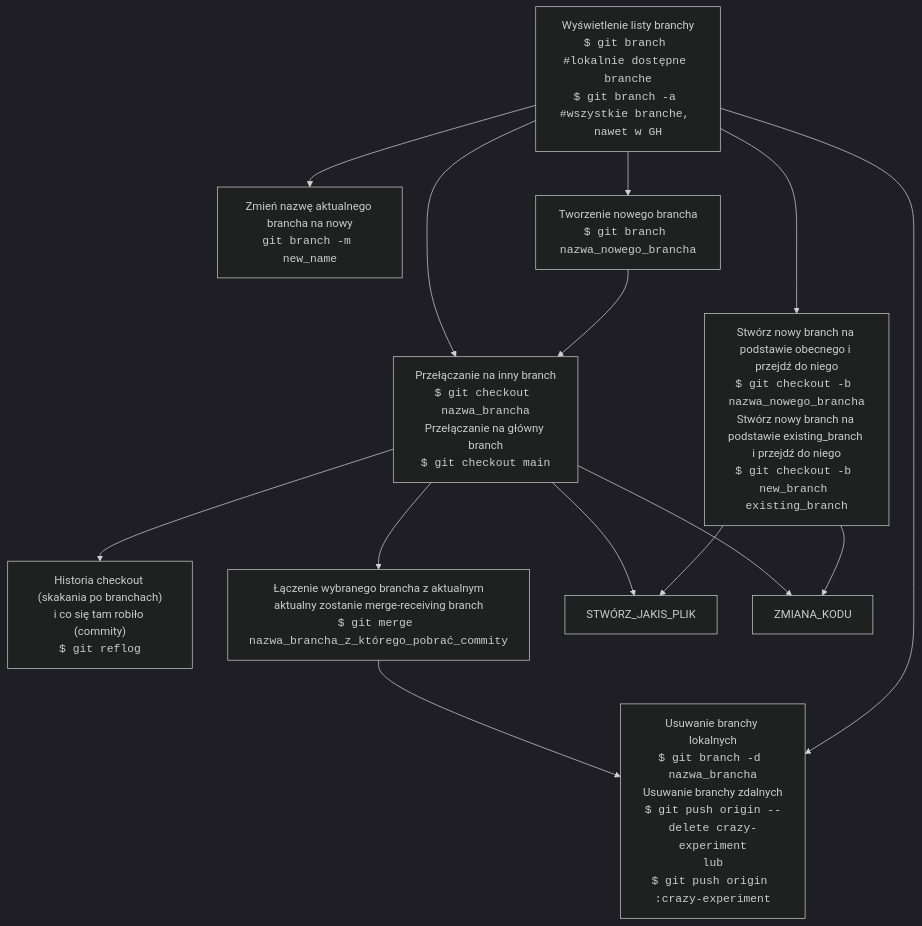
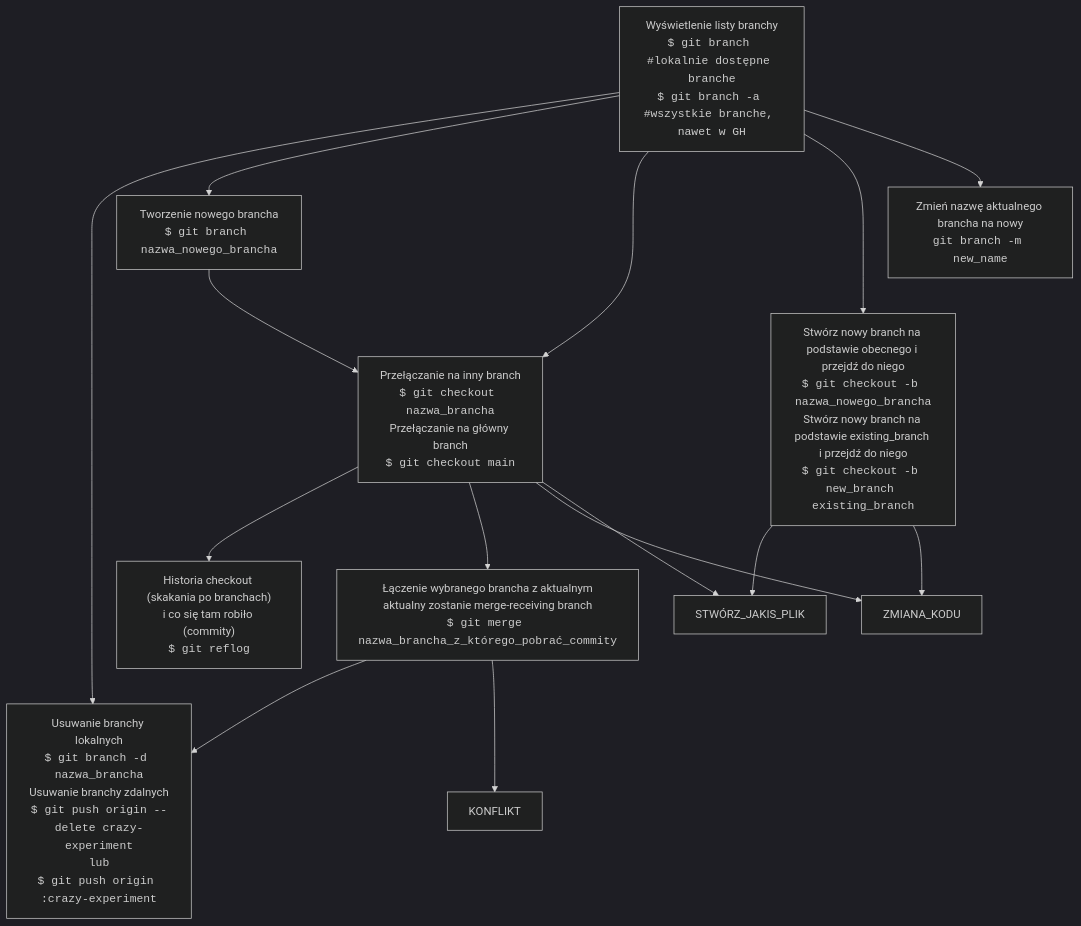
The third of 3 diagrams in git-graph.md (dankuc237/notatki), drawn with Mermaid (dark theme) before and after one commit. The commit also changed other lines of this file, not shown here.

````diff
--- a/git-graph.md
+++ b/git-graph.md
@@ -63,25 +62,26 @@
 ```mermaid
 graph TB
         LIST_ALL_BRANCHES["Wyświetlenie listy branchy<br><code>$ git branch #lokalnie dostępne branche<br>$ git branch -a #wszystkie branche, nawet w GH</code>"]
         DELETE_BRANCH["Usuwanie branchy lokalnych<br><code>$ git branch -d nazwa_brancha</code><br>Usuwanie branchy zdalnych<br><code>$ git push origin --delete crazy-experiment<br>lub<br>$ git push origin :crazy-experiment</code>"]
         RENAME_BRANCH["Zmień nazwę aktualnego brancha na nowy<br><code>git branch -m new_name</code>"]
         CREATE_NEW_BRANCH["Tworzenie nowego brancha<br><code>$ git branch nazwa_nowego_brancha</code>"]
         CREATE_BRANCH_AND_SWITCH["Stwórz nowy branch na podstawie obecnego i przejdź do niego<br><code>$ git checkout -b nazwa_nowego_brancha</code><br>Stwórz nowy branch na podstawie existing_branch i przejdź do niego<br><code>$ git checkout -b new_branch existing_branch</code>"]
         SWITCH_BRANCH["Przełączanie na inny branch<br><code>$ git checkout nazwa_brancha</code><br>Przełączanie na główny branch<br><code>$ git checkout main</code>"]
         PRINT_CHECKOUT_OPERATION_HISTORY["Historia checkout (skakania po branchach)<br>i co się tam robiło (commity)<br><code>$ git reflog</code>"]
         MERGE_BRANCHES["Łączenie wybranego brancha z aktualnym<br>aktualny zostanie merge-receiving branch<br><code>$ git merge nazwa_brancha_z_którego_pobrać_commity</code>"]
         
         LIST_ALL_BRANCHES --> DELETE_BRANCH
         LIST_ALL_BRANCHES --> CREATE_NEW_BRANCH
         CREATE_NEW_BRANCH --> SWITCH_BRANCH
         SWITCH_BRANCH --> PRINT_CHECKOUT_OPERATION_HISTORY
         LIST_ALL_BRANCHES --> SWITCH_BRANCH
         SWITCH_BRANCH --> MERGE_BRANCHES
         MERGE_BRANCHES --> DELETE_BRANCH
+        MERGE_BRANCHES --> KONFLIKT
         LIST_ALL_BRANCHES --> CREATE_BRANCH_AND_SWITCH
         LIST_ALL_BRANCHES --> RENAME_BRANCH
         CREATE_BRANCH_AND_SWITCH --> STWÓRZ_JAKIS_PLIK
         CREATE_BRANCH_AND_SWITCH --> ZMIANA_KODU
         SWITCH_BRANCH --> ZMIANA_KODU
         SWITCH_BRANCH --> STWÓRZ_JAKIS_PLIK
 ```
````
